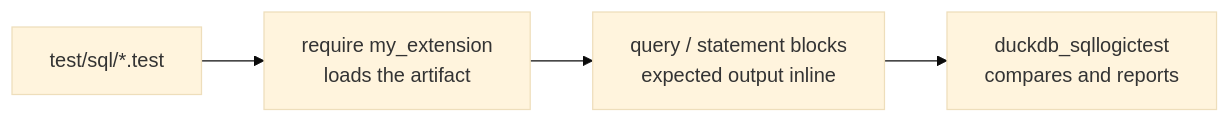
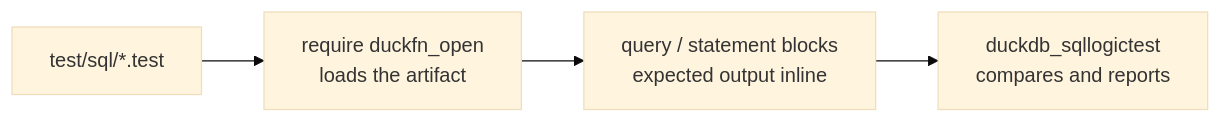
The diagram in docs/docs/development/testing.md (shijianjs/duckfn-open), drawn with Mermaid (base theme) before and after one commit. The commit also changed other lines of this file and 60 other files, not shown here.

First line of the commit message:
feat(duckfn_open): 接入 open crate，并把构建收窄到桌面平台

````diff
--- a/docs/docs/development/testing.md
+++ b/docs/docs/development/testing.md
@@ -23,6 +30,6 @@
 ```mermaid
 flowchart LR
-    file["test/sql/*.test"] --> req["require my_extension<br/>loads the artifact"]
+    file["test/sql/*.test"] --> req["require duckfn_open<br/>loads the artifact"]
     req --> blocks["query / statement blocks<br/>expected output inline"]
     blocks --> runner["duckdb_sqllogictest<br/>compares and reports"]
 ```
````
